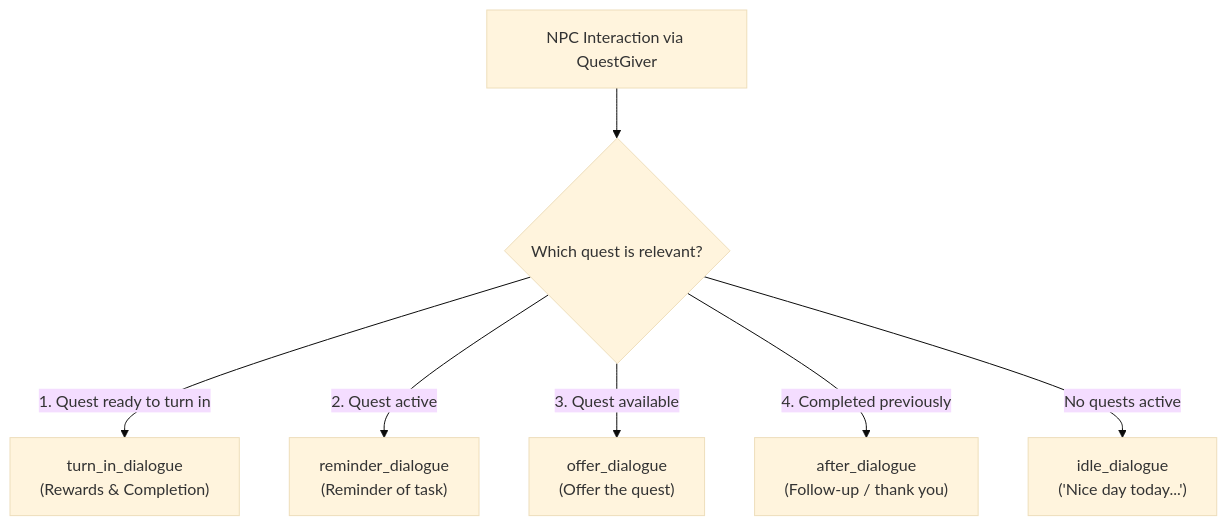
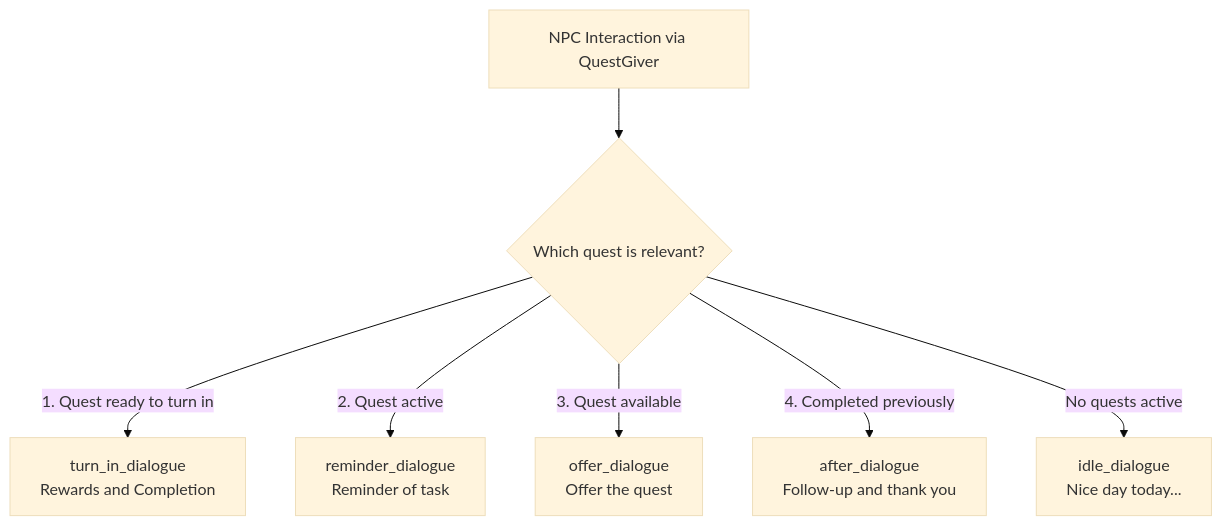
One commit to jaluraDEV/jalura-framework changed the second of 2 diagrams in docs/quest_system.md. Above: the diagram before and after it, drawn with Mermaid (base theme). The commit also changed other lines of this file and 5 other files, not shown here.

Commit message:
fix(docs): resolve GitHub Mermaid diagram syntax errors and convert file links to relative paths

````diff
--- a/docs/quest_system.md
+++ b/docs/quest_system.md
@@ -77,9 +77,9 @@
 ```mermaid
-graph TD
+flowchart TD
     NPC["NPC Interaction via QuestGiver"] --> Check{"Which quest is relevant?"}
-    Check -->|1. Quest ready to turn in| TurnIn["turn_in_dialogue<br/>(Rewards & Completion)"]
-    Check -->|2. Quest active| Reminder["reminder_dialogue<br/>(Reminder of task)"]
-    Check -->|3. Quest available| Offer["offer_dialogue<br/>(Offer the quest)"]
-    Check -->|4. Completed previously| After["after_dialogue<br/>(Follow-up / thank you)"]
-    Check -->|No quests active| Idle["idle_dialogue<br/>('Nice day today...')"]
+    Check -->|1. Quest ready to turn in| TurnIn["turn_in_dialogue<br/>Rewards and Completion"]
+    Check -->|2. Quest active| Reminder["reminder_dialogue<br/>Reminder of task"]
+    Check -->|3. Quest available| Offer["offer_dialogue<br/>Offer the quest"]
+    Check -->|4. Completed previously| After["after_dialogue<br/>Follow-up and thank you"]
+    Check -->|No quests active| Idle["idle_dialogue<br/>Nice day today..."]
 ```
````
